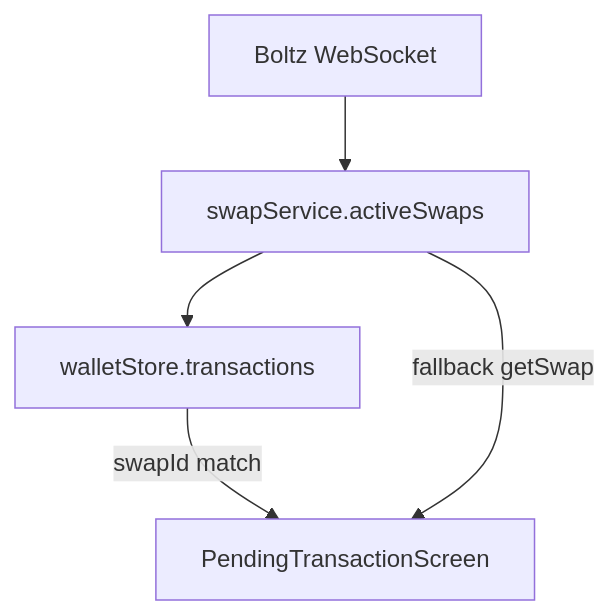
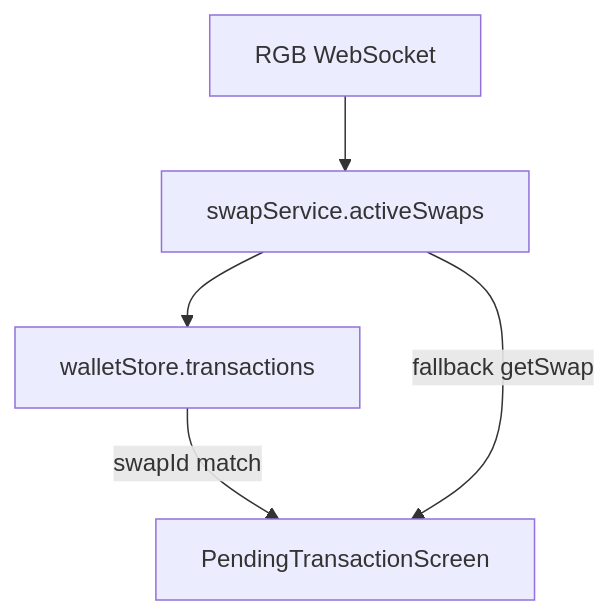
One commit to jonbyrn/BitTasker-mirror changed the third of 3 diagrams in docs/wallet/transaction-history-architecture-plan.md. Above: the diagram before and after it, drawn with Mermaid. The commit also changed other lines of this file and 269 other files, not shown here.

````diff
--- a/docs/wallet/transaction-history-architecture-plan.md
+++ b/docs/wallet/transaction-history-architecture-plan.md
@@ -318,12 +318,12 @@
 ```mermaid
 flowchart TB
-    WS[Boltz WebSocket]
+    WS[RGB WebSocket]
     SDK[swapService.activeSwaps]
     Store[walletStore.transactions]
     Modal[PendingTransactionScreen]
 
     WS --> SDK
     SDK --> Store
     Store -->|swapId match| Modal
     SDK -->|fallback getSwap| Modal
 ```
````
